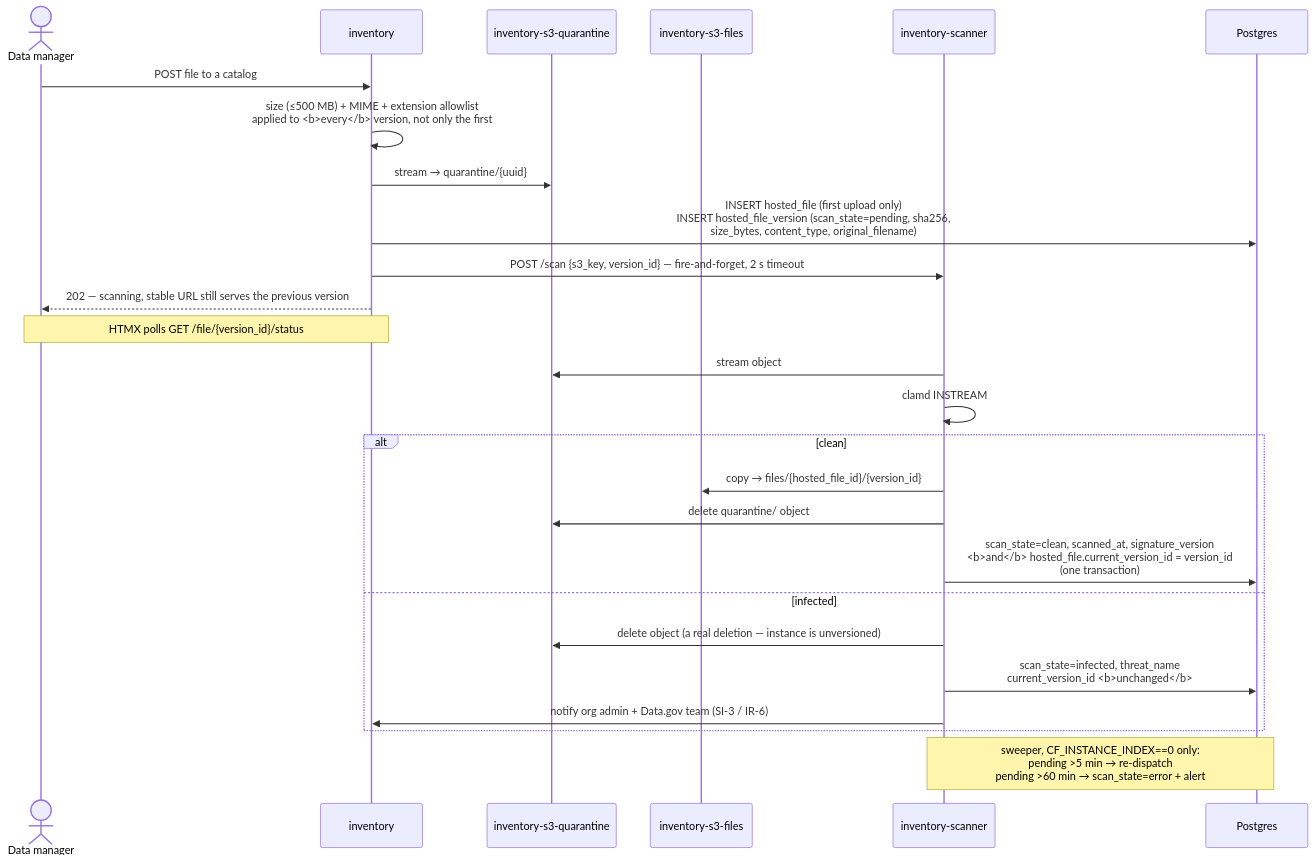
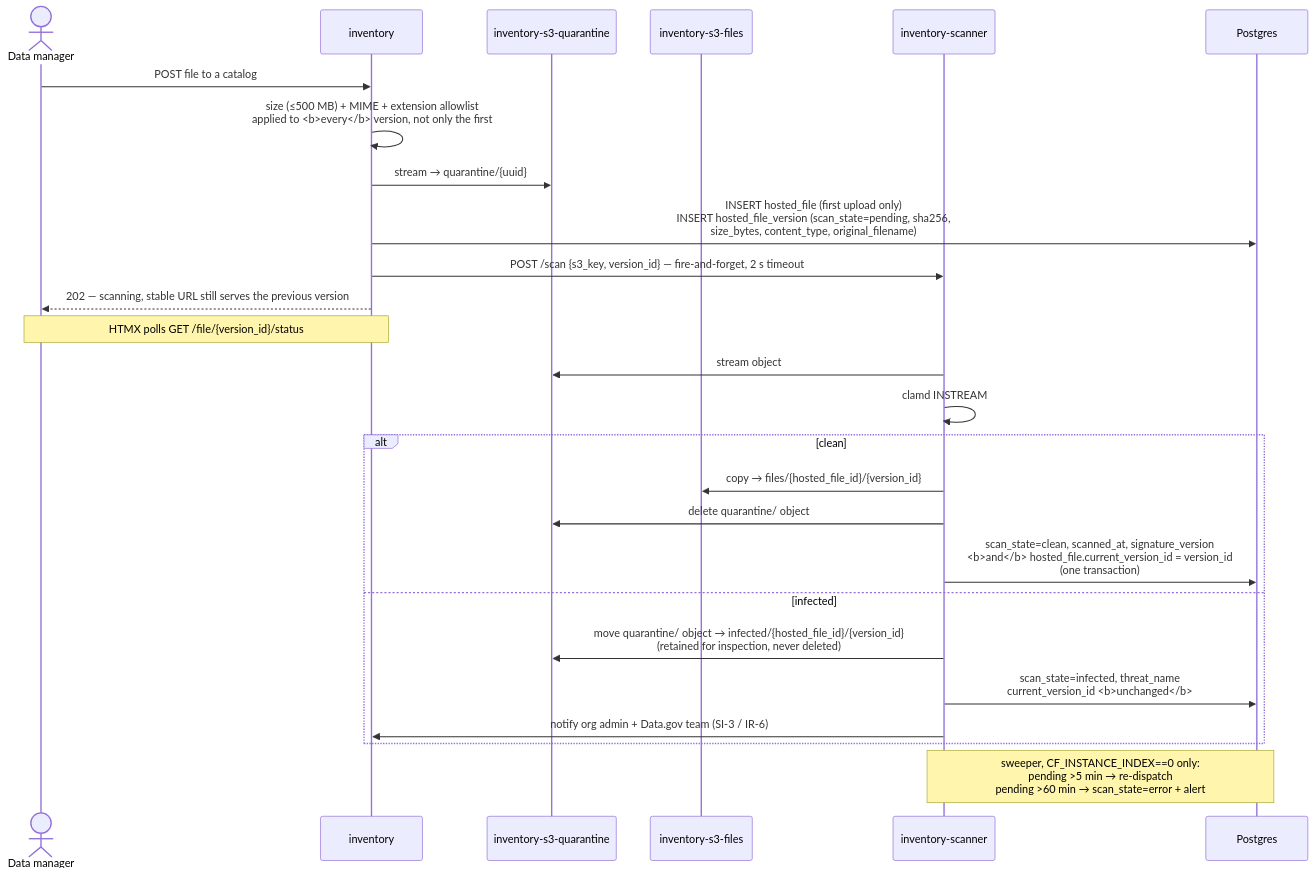
Before and after one commit to GSA/datagov-inventory: the fifth of 8 diagrams in docs/architecture.md, drawn with Mermaid. The commit also changed other lines of this file and 6 other files, not shown here.

````diff
--- a/docs/architecture.md
+++ b/docs/architecture.md
@@ -425,31 +425,31 @@
 ```mermaid
 sequenceDiagram
     actor U as Data manager
     participant W as inventory
     participant SQ as inventory-s3-quarantine
     participant SF as inventory-s3-files
     participant SC as inventory-scanner
     participant DB as Postgres
 
     U->>W: POST file to a catalog
     W->>W: size (≤500 MB) + MIME + extension allowlist<br/>applied to <b>every</b> version, not only the first
     W->>SQ: stream → quarantine/{uuid}
     W->>DB: INSERT hosted_file (first upload only)<br/>INSERT hosted_file_version (scan_state=pending, sha256,<br/>size_bytes, content_type, original_filename)
     W->>SC: POST /scan {s3_key, version_id} — fire-and-forget, 2 s timeout
     W-->>U: 202 — scanning, stable URL still serves the previous version
     Note over U,W: HTMX polls GET /file/{version_id}/status
 
     SC->>SQ: stream object
     SC->>SC: clamd INSTREAM
     alt clean
         SC->>SF: copy → files/{hosted_file_id}/{version_id}
         SC->>SQ: delete quarantine/ object
         SC->>DB: scan_state=clean, scanned_at, signature_version<br/><b>and</b> hosted_file.current_version_id = version_id<br/>(one transaction)
     else infected
-        SC->>SQ: delete object (a real deletion — instance is unversioned)
+        SC->>SQ: move quarantine/ object → infected/{hosted_file_id}/{version_id}<br/>(retained for inspection, never deleted)
         SC->>DB: scan_state=infected, threat_name<br/>current_version_id <b>unchanged</b>
         SC->>W: notify org admin + Data.gov team (SI-3 / IR-6)
     end
 
     Note over SC,DB: sweeper, CF_INSTANCE_INDEX==0 only:<br/>pending >5 min → re-dispatch<br/>pending >60 min → scan_state=error + alert
 ```
````
